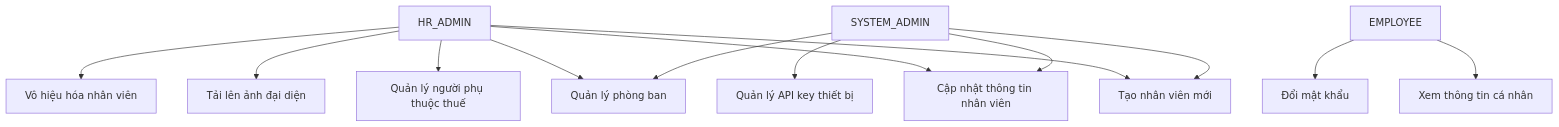
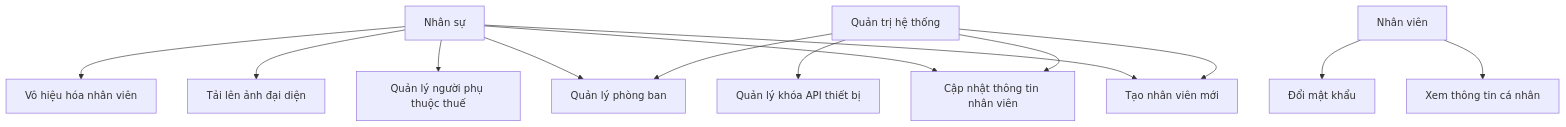
Before and after one commit to NBachTH/HRMS: the second of 19 diagrams in docs/DATN_20204812_NguyenThanhBach/DATN_20204812_NguyenThanhBach.md, drawn with Mermaid. The commit also changed other lines of this file, not shown here.

````diff
--- a/docs/DATN_20204812_NguyenThanhBach/DATN_20204812_NguyenThanhBach.md
+++ b/docs/DATN_20204812_NguyenThanhBach/DATN_20204812_NguyenThanhBach.md
@@ -212,15 +203,15 @@
 ```mermaid
 graph TD
-    HR["HR_ADMIN"] --> A["Tạo nhân viên mới"]
+    HR["Nhân sự"] --> A["Tạo nhân viên mới"]
     HR --> B["Cập nhật thông tin nhân viên"]
     HR --> C["Quản lý người phụ thuộc thuế"]
     HR --> D["Tải lên ảnh đại diện"]
     HR --> E["Vô hiệu hóa nhân viên"]
     HR --> F["Quản lý phòng ban"]
-    EMP["EMPLOYEE"] --> G["Xem thông tin cá nhân"]
+    EMP["Nhân viên"] --> G["Xem thông tin cá nhân"]
     EMP --> H["Đổi mật khẩu"]
-    SYS["SYSTEM_ADMIN"] --> A
+    SYS["Quản trị hệ thống"] --> A
     SYS --> B
     SYS --> F
-    SYS --> I["Quản lý API key thiết bị"]
+    SYS --> I["Quản lý khóa API thiết bị"]
 ```
````
